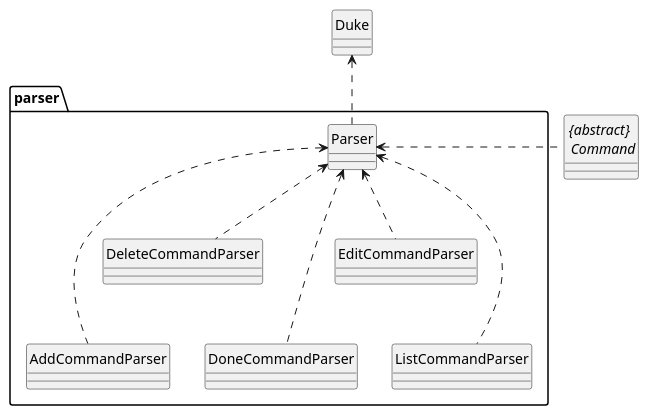
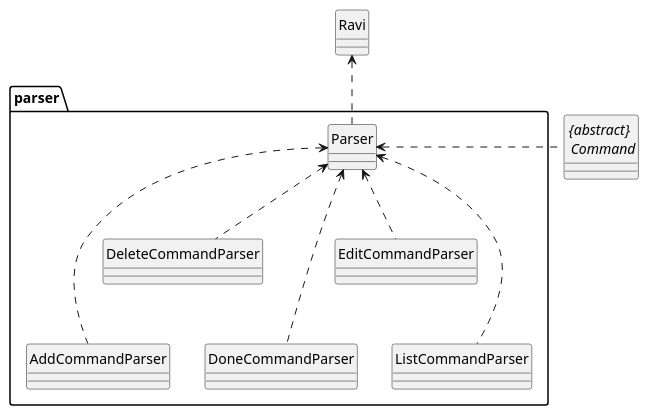
The diagram in docs/diagrams/UML/ParserClassDiagram.puml (wangqinNick/tp), drawn with PlantUML before and after one commit. The commit also changed 223 other files, not shown here.

Commit message:
Change all duke into ravi

```diff
--- a/docs/diagrams/UML/ParserClassDiagram.puml
+++ b/docs/diagrams/UML/ParserClassDiagram.puml
@@ -1,24 +1,24 @@
 @startuml
 
 hide circle
 skinparam classAttributeIconSize 0
 
-class Duke
+class Ravi
 abstract class "{abstract} \n Command"
 package parser {
     class Parser
     class AddCommandParser
     class DeleteCommandParser
     class DoneCommandParser
     class EditCommandParser
     class ListCommandParser
 }
-Duke <.. Parser
+Ravi <.. Parser
 Parser <. "{abstract} \n Command"
 Parser <... AddCommandParser
 Parser <.. DeleteCommandParser
 Parser <... DoneCommandParser
 Parser <.. EditCommandParser
 Parser <... ListCommandParser
 
 @enduml
```
